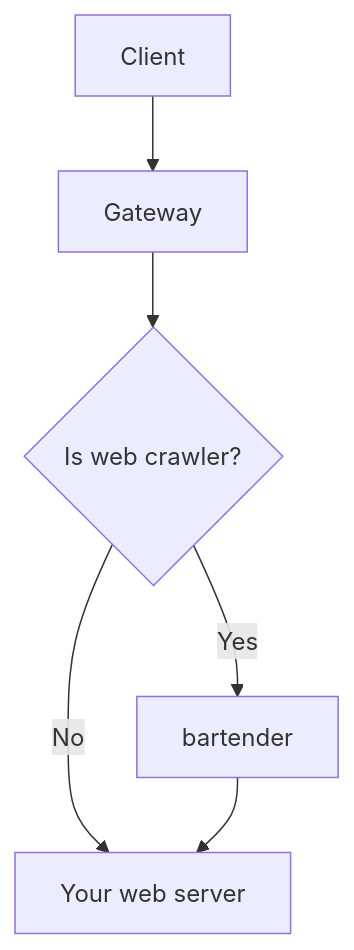
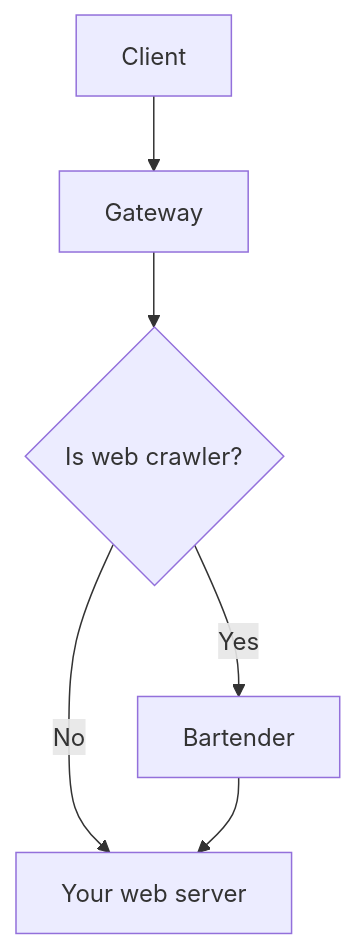
Before and after one commit to go-rod/bartender: the second of 2 diagrams in README.md, drawn with Mermaid. The commit also changed other lines of this file, not shown here.

````diff
--- a/README.md
+++ b/README.md
@@ -15,8 +37,8 @@
 ```mermaid
 graph TD;
   C[Client]-->T[Gateway];
   T-->J{Is web crawler?};
-  J-->|Yes|B[bartender];
+  J-->|Yes|B[Bartender];
   J-->|No|H[Your web server];
   B-->H;
 ```
````
